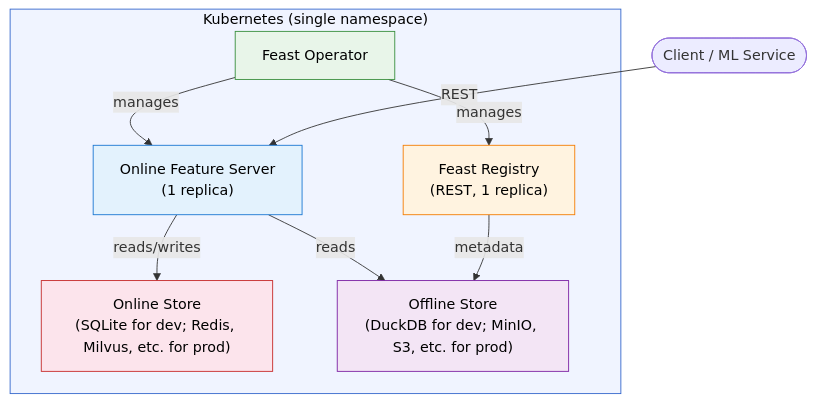
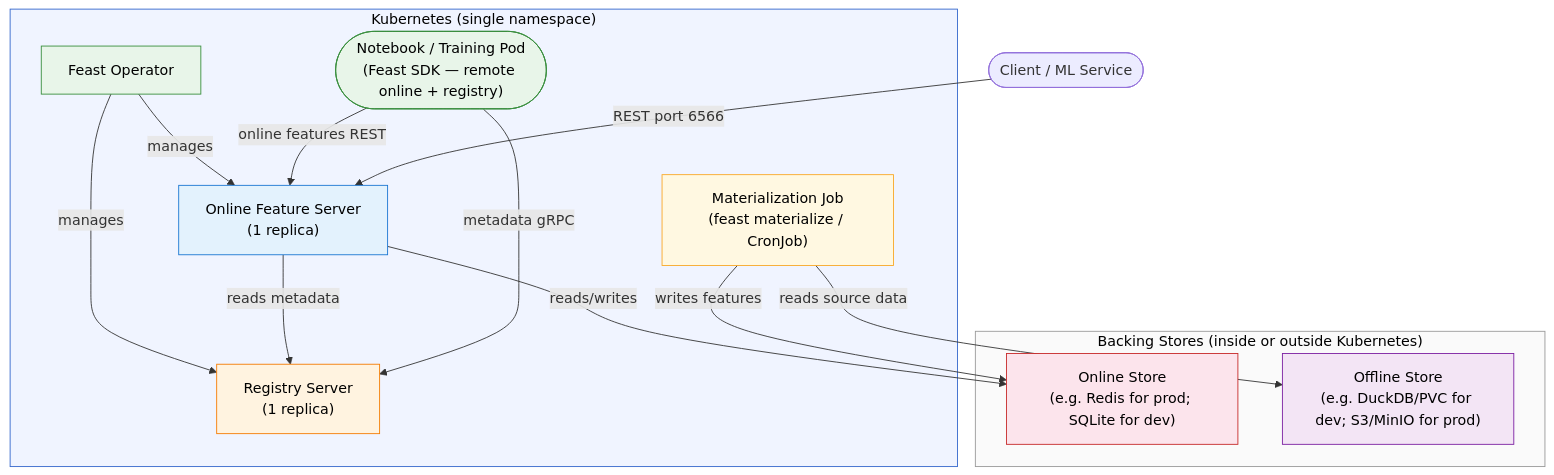
The first of 11 diagrams in docs/how-to-guides/production-deployment-topologies.md (feast-dev/feast), drawn with Mermaid before and after one commit. The commit also changed other lines of this file, not shown here.

````diff
--- a/docs/how-to-guides/production-deployment-topologies.md
+++ b/docs/how-to-guides/production-deployment-topologies.md
@@ -74,25 +74,36 @@
 ```mermaid
 graph TD
     subgraph Kubernetes["Kubernetes (single namespace)"]
         Operator["Feast Operator"]
-        Registry["Feast Registry<br/>(REST, 1 replica)"]
-        FeatureServer["Online Feature Server<br/>(1 replica)"]
-        Redis["Online Store<br/>(SQLite for dev; Redis, Milvus, etc. for prod)"]
-        OfflineStore["Offline Store<br/>(DuckDB for dev; MinIO, S3, etc. for prod)"]
+        Registry["Registry Server<br/>(1 replica)"]
+        OnlineServer["Online Feature Server<br/>(1 replica)"]
+        MaterializationJob["Materialization Job<br/>(feast materialize / CronJob)"]
+        NotebookPod(["Notebook / Training Pod<br/>(Feast SDK — remote online + registry)"])
+    end
+
+    subgraph BackingStores["Backing Stores (inside or outside Kubernetes)"]
+        Redis["Online Store<br/>(e.g. Redis for prod; SQLite for dev)"]
+        OfflineStore["Offline Store<br/>(e.g. DuckDB/PVC for dev; S3/MinIO for prod)"]
     end
 
     Operator -->|manages| Registry
-    Operator -->|manages| FeatureServer
-    FeatureServer -->|reads/writes| Redis
-    FeatureServer -->|reads| OfflineStore
-    Registry -->|metadata| OfflineStore
+    Operator -->|manages| OnlineServer
+    OnlineServer -->|reads/writes| Redis
+    OnlineServer -->|reads metadata| Registry
+    MaterializationJob -->|reads source data| OfflineStore
+    MaterializationJob -->|writes features| Redis
+    NotebookPod -->|online features REST| OnlineServer
+    NotebookPod -->|metadata gRPC| Registry
 
-    Client(["Client / ML Service"]) -->|REST| FeatureServer
+    Client(["Client / ML Service"]) -->|REST port 6566| OnlineServer
 
     style Kubernetes fill:#f0f4ff,stroke:#3366cc,color:#000
+    style BackingStores fill:#fafafa,stroke:#999,color:#000
     style Operator fill:#e8f5e9,stroke:#388e3c,color:#000
     style Registry fill:#fff3e0,stroke:#f57c00,color:#000
-    style FeatureServer fill:#e3f2fd,stroke:#1976d2,color:#000
+    style OnlineServer fill:#e3f2fd,stroke:#1976d2,color:#000
     style Redis fill:#fce4ec,stroke:#c62828,color:#000
     style OfflineStore fill:#f3e5f5,stroke:#7b1fa2,color:#000
+    style MaterializationJob fill:#fff8e1,stroke:#f9a825,color:#000
+    style NotebookPod fill:#e8f5e9,stroke:#388e3c,color:#000
 ```
````
